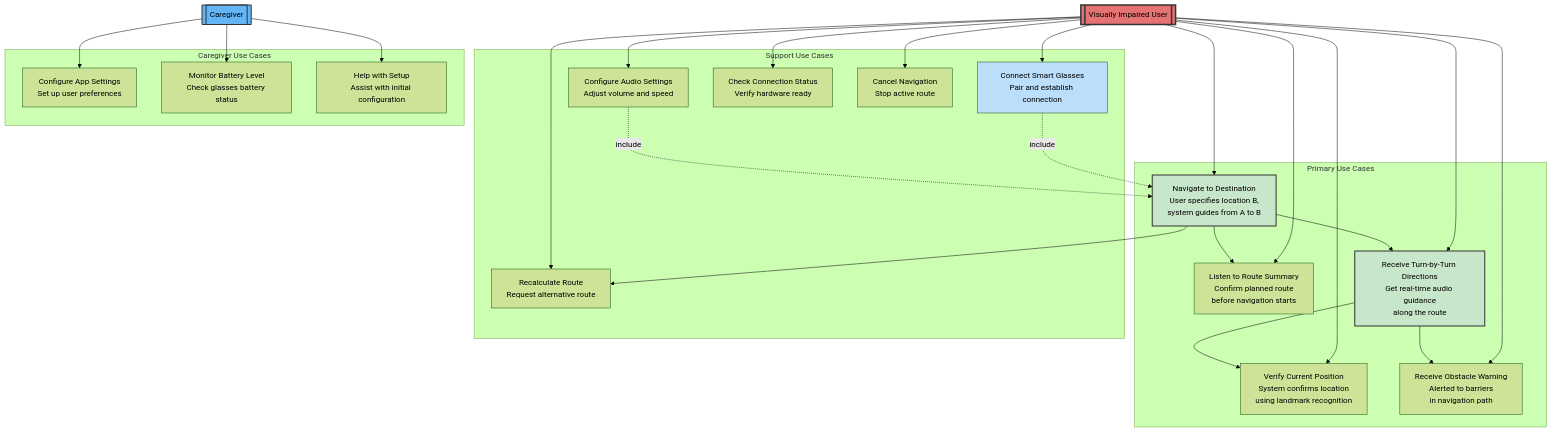
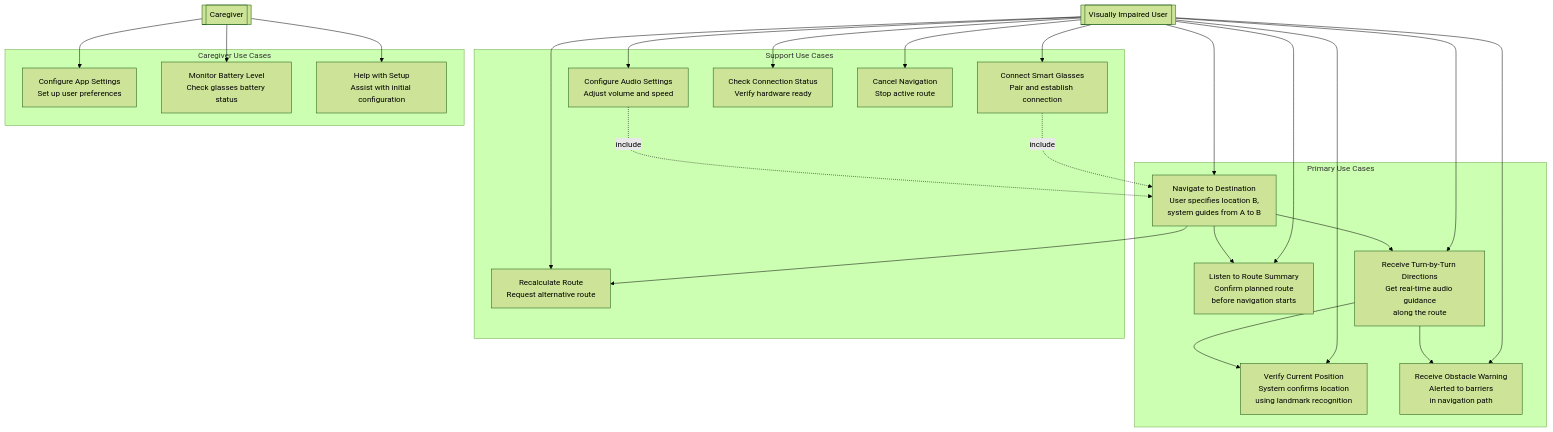
Before and after one commit to phamleduy04/se4351-mobile-f25: the eighth of 11 diagrams in docs/Project 2/WRS Project 2.md, drawn with Mermaid (forest theme). The commit also changed other lines of this file, not shown here.

````diff
--- a/docs/Project 2/WRS Project 2.md
+++ b/docs/Project 2/WRS Project 2.md
@@ -1470,67 +1428,61 @@
 ```mermaid
 graph TB
     USER[["Visually Impaired User"]]
     CAREGIVER[["Caregiver"]]
     
     subgraph "Primary Use Cases"
         UC1["Navigate to Destination<br/>User specifies location B,<br/>system guides from A to B"]
         
         UC2["Listen to Route Summary<br/>Confirm planned route<br/>before navigation starts"]
         
         UC3["Receive Turn-by-Turn Directions<br/>Get real-time audio guidance<br/>along the route"]
         
         UC4["Verify Current Position<br/>System confirms location<br/>using landmark recognition"]
         
         UC5["Receive Obstacle Warning<br/>Alerted to barriers<br/>in navigation path"]
     end
     
     subgraph "Support Use Cases"
         UC6["Configure Audio Settings<br/>Adjust volume and speed"]
         
         UC7["Connect Smart Glasses<br/>Pair and establish connection"]
         
         UC8["Check Connection Status<br/>Verify hardware ready"]
         
         UC9["Cancel Navigation<br/>Stop active route"]
         
         UC10["Recalculate Route<br/>Request alternative route"]
     end
     
     subgraph "Caregiver Use Cases"
         UC11["Configure App Settings<br/>Set up user preferences"]
         
         UC12["Monitor Battery Level<br/>Check glasses battery status"]
         
         UC13["Help with Setup<br/>Assist with initial configuration"]
     end
     
     USER --> UC1
     USER --> UC2
     USER --> UC3
     USER --> UC4
     USER --> UC5
     USER --> UC6
     USER --> UC7
     USER --> UC8
     USER --> UC9
     USER --> UC10
     
     CAREGIVER --> UC11
     CAREGIVER --> UC12
     CAREGIVER --> UC13
     
     UC1 --> UC2
     UC1 --> UC3
     UC3 --> UC4
     UC3 --> UC5
     UC1 --> UC10
     
     UC7 -.include.-> UC1
     UC6 -.include.-> UC1
-    
-    style UC1 fill:#C8E6C9,stroke:#333,stroke-width:2px
-    style UC3 fill:#C8E6C9,stroke:#333,stroke-width:2px
-    style UC7 fill:#BBDEFB
-    style USER fill:#E57373,stroke:#333,stroke-width:3px
-    style CAREGIVER fill:#64B5F6,stroke:#333,stroke-width:2px
 ```
````
